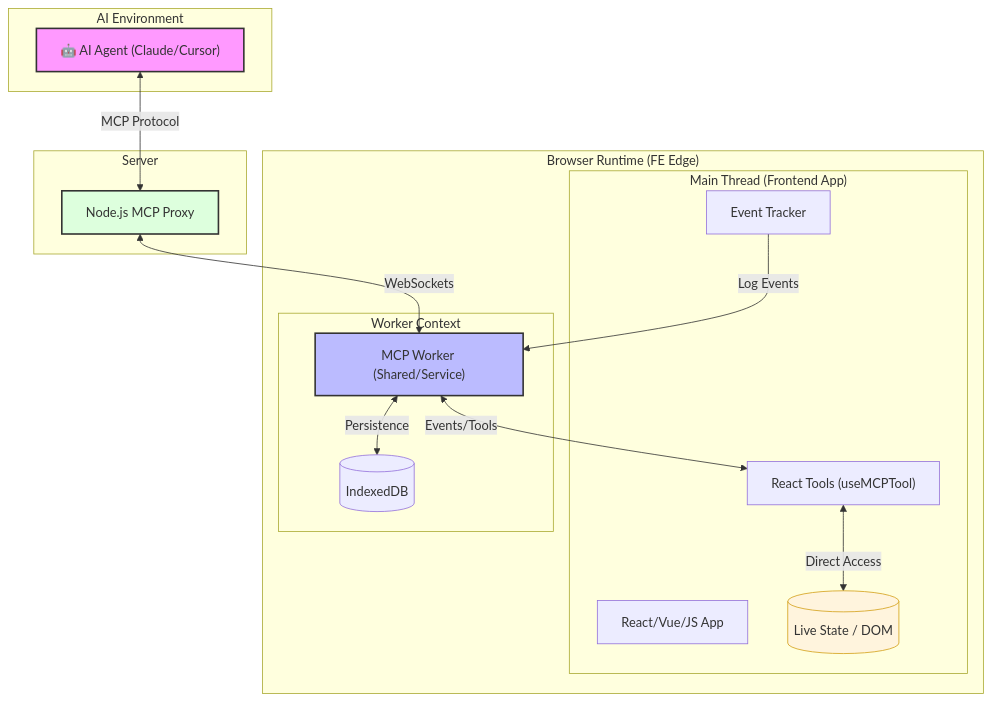
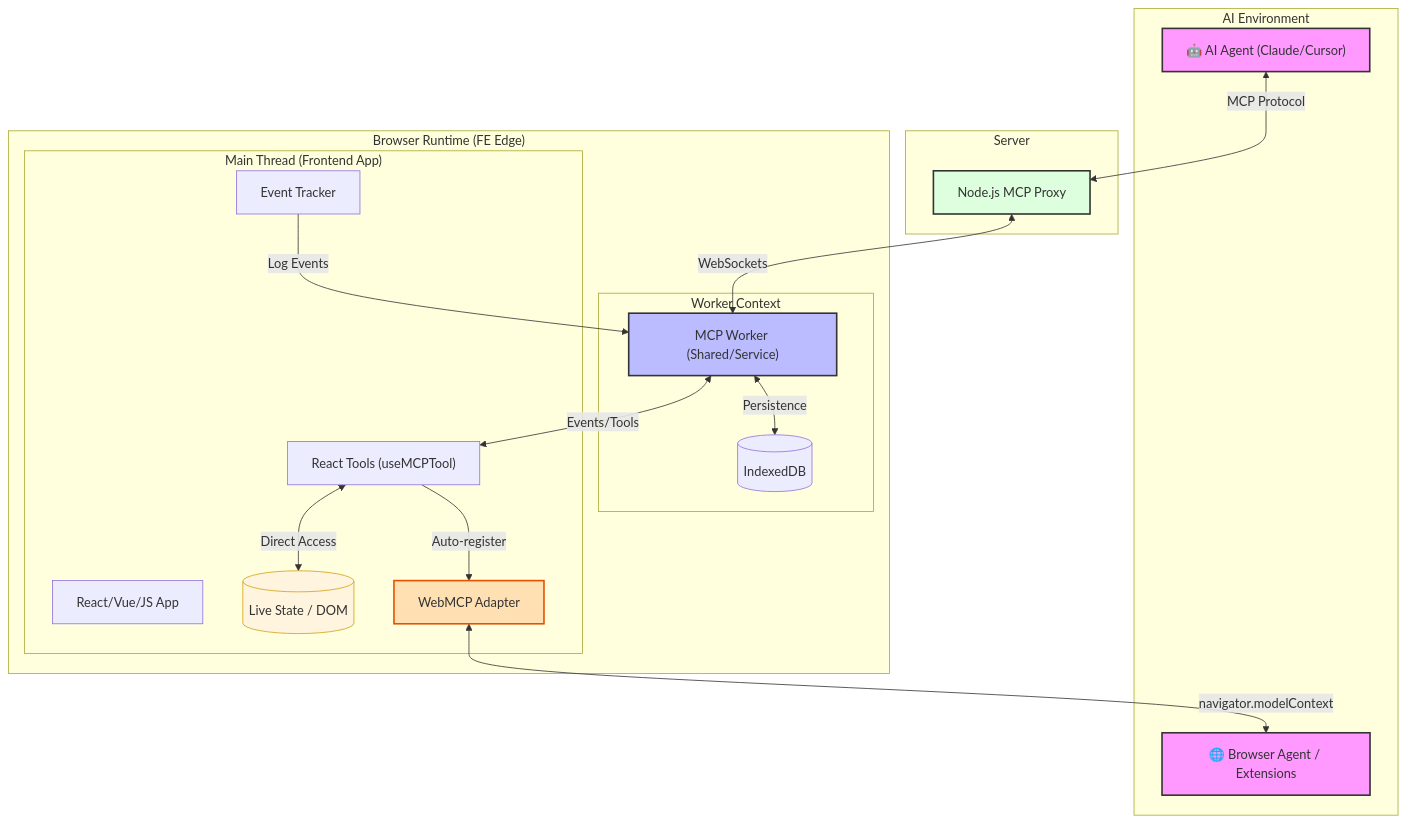
One commit to mcp-fe/mcp-fe changed the second of 2 diagrams in README.md. Above: the diagram before and after it, drawn with Mermaid. The commit also changed other lines of this file and 8 other files, not shown here.

Commit message:
WebMCP support

````diff
--- a/README.md
+++ b/README.md
@@ -151,38 +210,44 @@
 ```mermaid
 graph TD
     subgraph "AI Environment"
         Agent["🤖 AI Agent (Claude/Cursor)"]
+        BrowserAgent["🌐 Browser Agent / Extensions"]
     end
 
     subgraph "Server"
         Proxy["Node.js MCP Proxy"]
     end
 
     subgraph "Browser Runtime (FE Edge)"
         subgraph "Main Thread (Frontend App)"
             UI["React/Vue/JS App"]
             Hooks["React Tools (useMCPTool)"]
             State[("Live State / DOM")]
             Tracker["Event Tracker"]
+            WebMCP["WebMCP Adapter"]
         end
 
         subgraph "Worker Context"
             Worker["MCP Worker (Shared/Service)"]
             DB[(IndexedDB)]
         end
     end
 
     %% Connections
     Agent <-->|MCP Protocol| Proxy
     Proxy <-->|WebSockets| Worker
     Worker <-->|Events/Tools| Hooks
     Tracker -->|Log Events| Worker
     Worker <-->|Persistence| DB
     Hooks <-->|Direct Access| State
+    Hooks -->|Auto-register| WebMCP
+    WebMCP <-->|navigator.modelContext| BrowserAgent
 
     %% Styles
     style Agent fill:#f9f,stroke:#333,stroke-width:2px
+    style BrowserAgent fill:#f9f,stroke:#333,stroke-width:2px
     style Worker fill:#bbf,stroke:#333,stroke-width:2px
     style Proxy fill:#dfd,stroke:#333,stroke-width:2px
+    style WebMCP fill:#ffe0b2,stroke:#e65100,stroke-width:2px
     style State fill:#fff4dd,stroke:#d4a017
 ```
````
